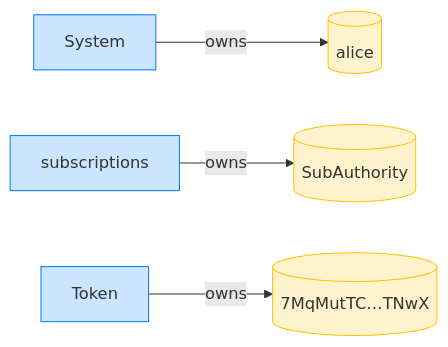
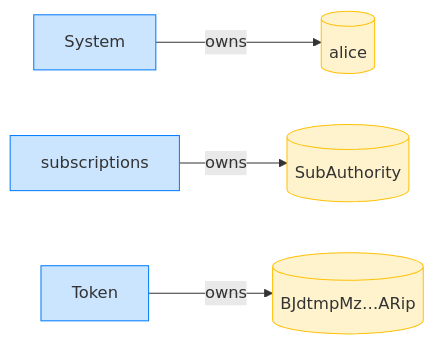
Before and after one commit to cds-rs/subscriptions: the fourth of 16 diagrams in dsl_tests/revoke-a-subscription-with-a-version-mismatch.md, drawn with Mermaid. The commit also changed other lines of this file and 224 other files, not shown here.

````diff
--- a/dsl_tests/revoke-a-subscription-with-a-version-mismatch.md
+++ b/dsl_tests/revoke-a-subscription-with-a-version-mismatch.md
@@ -73,14 +78,14 @@
 ```mermaid
 flowchart LR
     classDef owner fill:#cce5ff,stroke:#007bff;
     classDef account fill:#fff3cd,stroke:#ffc107;
     System[System]:::owner
     alice[(alice)]:::account
     subscriptions[subscriptions]:::owner
     SubAuthority[(SubAuthority)]:::account
     Token[Token]:::owner
-    7MqMutTC_TNwX[("7MqMutTC…TNwX")]:::account
+    BJdtmpMz_ARip[("BJdtmpMz…ARip")]:::account
     System -->|owns| alice
     subscriptions -->|owns| SubAuthority
-    Token -->|owns| 7MqMutTC_TNwX
+    Token -->|owns| BJdtmpMz_ARip
 ```
````
